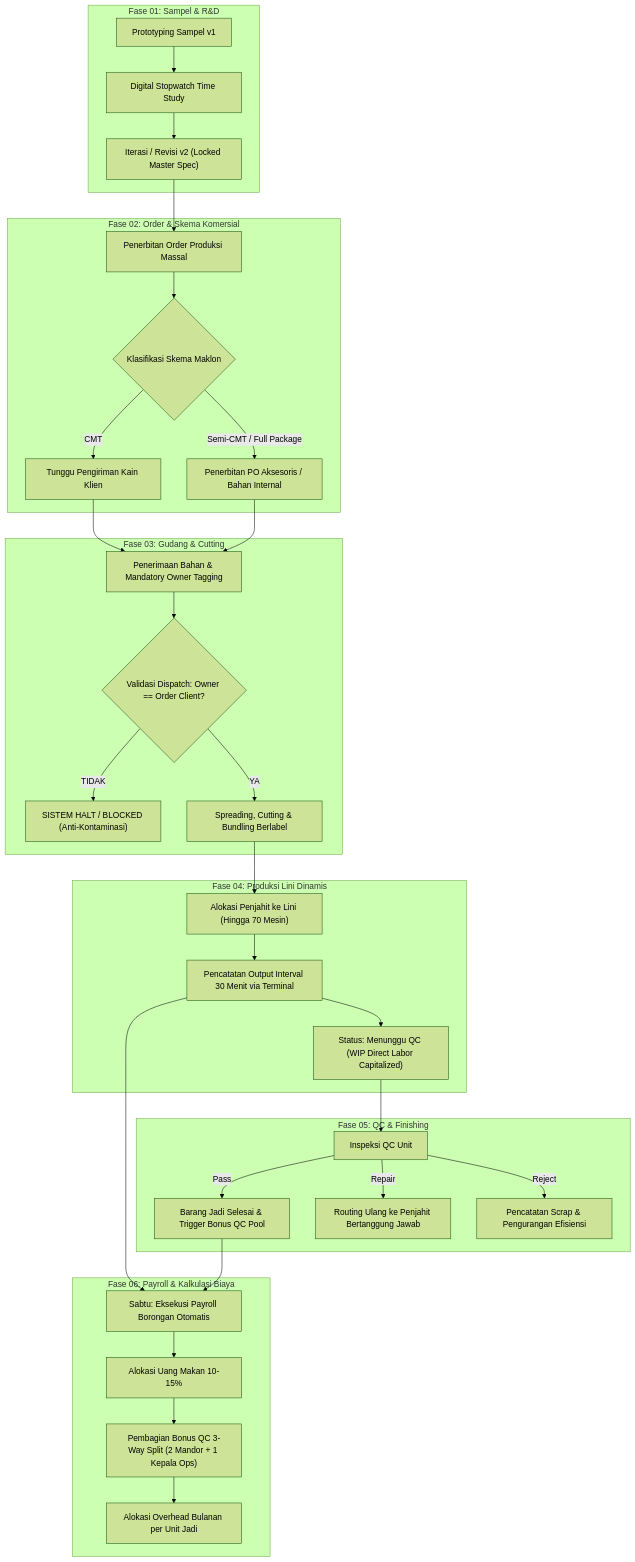
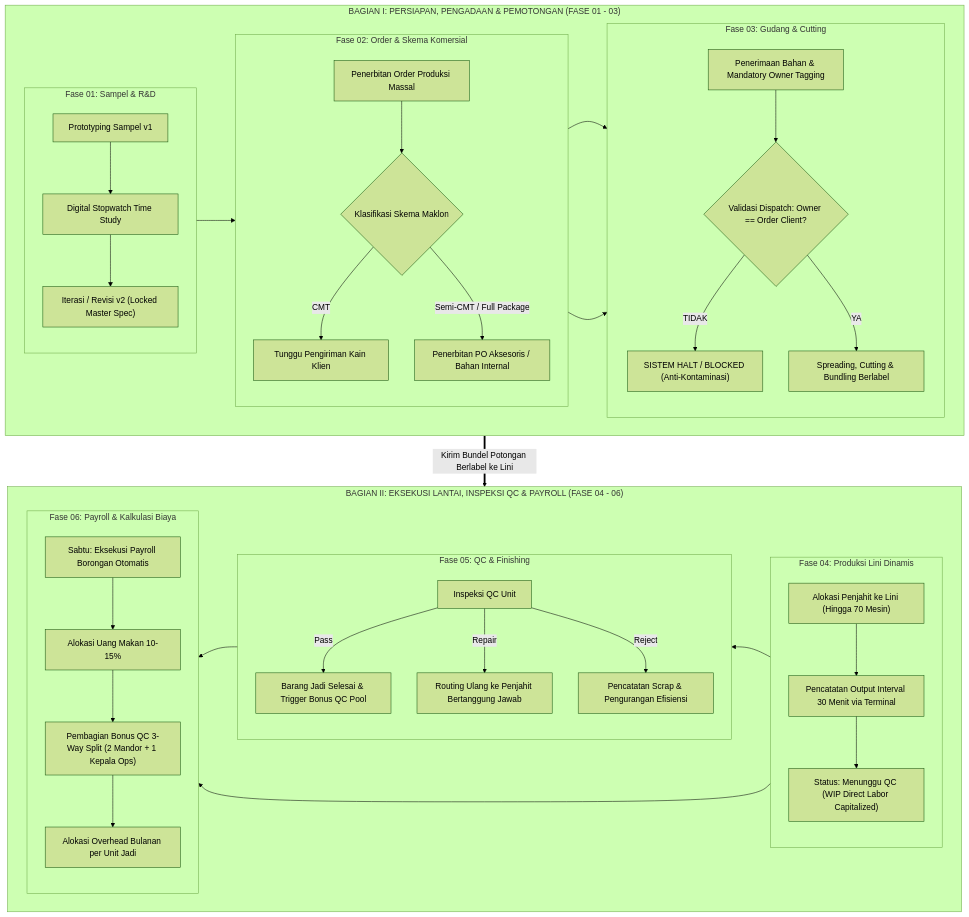
Before and after one commit to zadzanl/MAIN-Alkademi-kelompok12-lukla-textile-manufacturing: the second of 3 diagrams in openspec/changes/lukla-ops-engine-planning/Lukla Operations Engine - BRD v2.md, drawn with Mermaid (forest theme). The commit also changed other lines of this file, not shown here.

````diff
--- a/openspec/changes/lukla-ops-engine-planning/Lukla Operations Engine - BRD v2.md
+++ b/openspec/changes/lukla-ops-engine-planning/Lukla Operations Engine - BRD v2.md
@@ -139,42 +153,59 @@
 ```mermaid
 flowchart TD
-    subgraph Fase1["Fase 01: Sampel & R&D"]
-        S1["Prototyping Sampel v1"] --> S2["Digital Stopwatch Time Study"]
-        S2 --> S3["Iterasi / Revisi v2 (Locked Master Spec)"]
+    subgraph Baris1 ["BAGIAN I: PERSIAPAN, PENGADAAN & PEMOTONGAN (FASE 01 - 03)"]
+        direction LR
+        subgraph Fase1 ["Fase 01: Sampel & R&D"]
+            direction TB
+            S1["Prototyping Sampel v1"] --> S2["Digital Stopwatch Time Study"]
+            S2 --> S3["Iterasi / Revisi v2 (Locked Master Spec)"]
+        end
+
+        subgraph Fase2 ["Fase 02: Order & Skema Komersial"]
+            direction TB
+            O1["Penerbitan Order Produksi Massal"] --> O2{"Klasifikasi Skema Maklon"}
+            O2 -->|CMT| O3["Tunggu Pengiriman Kain Klien"]
+            O2 -->|Semi-CMT / Full Package| O4["Penerbitan PO Aksesoris / Bahan Internal"]
+        end
+
+        subgraph Fase3 ["Fase 03: Gudang & Cutting"]
+            direction TB
+            W1["Penerimaan Bahan & Mandatory Owner Tagging"] --> W2{"Validasi Dispatch: Owner == Order Client?"}
+            W2 -->|TIDAK| W3["SISTEM HALT / BLOCKED (Anti-Kontaminasi)"]
+            W2 -->|YA| W4["Spreading, Cutting & Bundling Berlabel"]
+        end
+
+        S3 --> O1
+        O3 --> W1
+        O4 --> W1
     end
 
-    subgraph Fase2["Fase 02: Order & Skema Komersial"]
-        S3 --> O1["Penerbitan Order Produksi Massal"]
-        O1 --> O2{"Klasifikasi Skema Maklon"}
-        O2 -->|CMT| O3["Tunggu Pengiriman Kain Klien"]
-        O2 -->|Semi-CMT / Full Package| O4["Penerbitan PO Aksesoris / Bahan Internal"]
+    subgraph Baris2 ["BAGIAN II: EKSEKUSI LANTAI, INSPEKSI QC & PAYROLL (FASE 04 - 06)"]
+        direction RL
+        subgraph Fase4 ["Fase 04: Produksi Lini Dinamis"]
+            direction TB
+            P1["Alokasi Penjahit ke Lini (Hingga 70 Mesin)"] --> P2["Pencatatan Output Interval 30 Menit via Terminal"]
+            P2 --> P3["Status: Menunggu QC (WIP Direct Labor Capitalized)"]
+        end
+
+        subgraph Fase5 ["Fase 05: QC & Finishing"]
+            direction TB
+            Q1["Inspeksi QC Unit"]
+            Q1 -->|Pass| Q2["Barang Jadi Selesai & Trigger Bonus QC Pool"]
+            Q1 -->|Repair| Q3["Routing Ulang ke Penjahit Bertanggung Jawab"]
+            Q1 -->|Reject| Q4["Pencatatan Scrap & Pengurangan Efisiensi"]
+        end
+
+        subgraph Fase6 ["Fase 06: Payroll & Kalkulasi Biaya"]
+            direction TB
+            PY1["Sabtu: Eksekusi Payroll Borongan Otomatis"] --> PY2["Alokasi Uang Makan 10-15%"]
+            PY2 --> PY3["Pembagian Bonus QC 3-Way Split (2 Mandor + 1 Kepala Ops)"]
+            PY3 --> PY4["Alokasi Overhead Bulanan per Unit Jadi"]
+        end
+
+        P3 --> Q1
+        Q2 --> PY1
+        P2 --> PY1
     end
 
-    subgraph Fase3["Fase 03: Gudang & Cutting"]
-        O3 --> W1["Penerimaan Bahan & Mandatory Owner Tagging"]
-        O4 --> W1
-        W1 --> W2{"Validasi Dispatch: Owner == Order Client?"}
-        W2 -->|TIDAK| W3["SISTEM HALT / BLOCKED (Anti-Kontaminasi)"]
-        W2 -->|YA| W4["Spreading, Cutting & Bundling Berlabel"]
-    end
-
-    subgraph Fase4["Fase 04: Produksi Lini Dinamis"]
-        W4 --> P1["Alokasi Penjahit ke Lini (Hingga 70 Mesin)"]
-        P1 --> P2["Pencatatan Output Interval 30 Menit via Terminal"]
-        P2 --> P3["Status: Menunggu QC (WIP Direct Labor Capitalized)"]
-    end
-
-    subgraph Fase5["Fase 05: QC & Finishing"]
-        P3 --> Q1["Inspeksi QC Unit"]
-        Q1 -->|Pass| Q2["Barang Jadi Selesai & Trigger Bonus QC Pool"]
-        Q1 -->|Repair| Q3["Routing Ulang ke Penjahit Bertanggung Jawab"]
-        Q1 -->|Reject| Q4["Pencatatan Scrap & Pengurangan Efisiensi"]
-    end
-
-    subgraph Fase6["Fase 06: Payroll & Kalkulasi Biaya"]
-        P2 & Q2 --> PY1["Sabtu: Eksekusi Payroll Borongan Otomatis"]
-        PY1 --> PY2["Alokasi Uang Makan 10-15%"]
-        PY2 --> PY3["Pembagian Bonus QC 3-Way Split (2 Mandor + 1 Kepala Ops)"]
-        PY3 --> PY4["Alokasi Overhead Bulanan per Unit Jadi"]
-    end
+    W4 ==>|Kirim Bundel Potongan Berlabel ke Lini| P1
 ```
````
